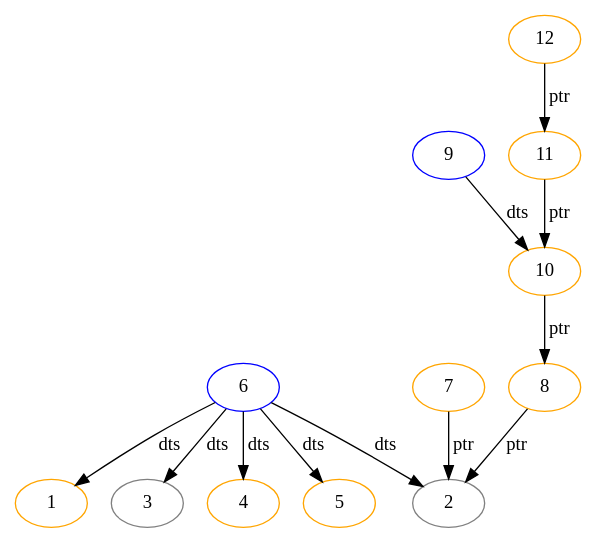
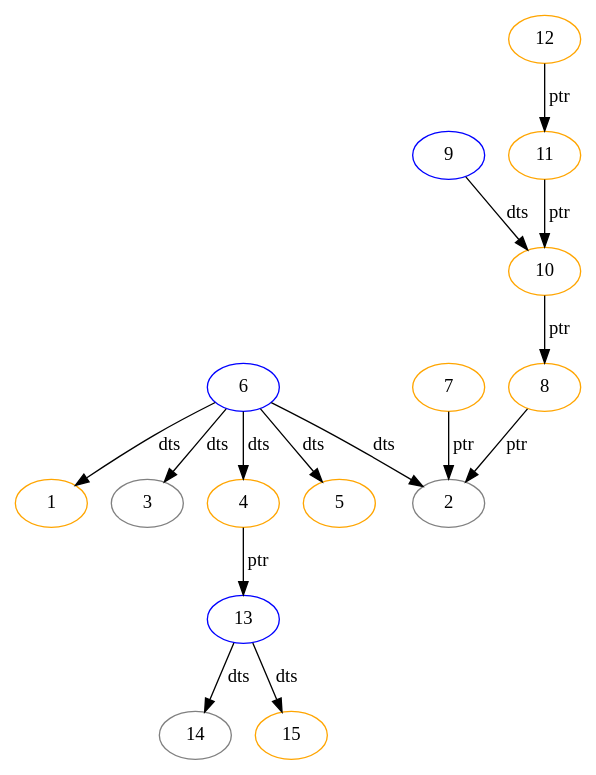
One commit to passau-masterarbeit-2023/phdtrack_project_3 changed the diagram in data/graphs/test.gv. Above: the diagram before and after it, drawn with Graphviz. The commit also changed 5 other files, not shown here.

```diff
--- a/data/graphs/test.gv
+++ b/data/graphs/test.gv
@@ -1,48 +1,60 @@
 strict digraph "" {
 	1	[color=orange,
 		"node"="PN(0x1)"];
 	2	[color=grey,
 		"node"="VN(0x2)"];
 	3	[color=grey,
 		"node"="VN(0x3)"];
 	4	[color=orange,
 		"node"="PN(0x4)"];
+	13	[color=blue,
+		"node"="DTN(0xd)"];
+	4 -> 13	[label=ptr,
+		weight=3];
 	5	[color=orange,
 		"node"="PN(0x5)"];
 	6	[color=blue,
 		"node"="DTN(0x6)"];
 	6 -> 1	[label=dts,
 		weight=1];
 	6 -> 2	[label=dts,
 		weight=1];
 	6 -> 3	[label=dts,
 		weight=1];
 	6 -> 4	[label=dts,
 		weight=1];
 	6 -> 5	[label=dts,
 		weight=1];
 	7	[color=orange,
 		"node"="PN(0x7)"];
 	7 -> 2	[label=ptr,
 		weight=5];
 	8	[color=orange,
 		"node"="PN(0x8)"];
 	8 -> 2	[label=ptr,
 		weight=1];
 	9	[color=blue,
 		"node"="DTN(0x9)"];
 	10	[color=orange,
 		"node"="PN(0xa)"];
 	9 -> 10	[label=dts,
 		weight=1];
 	10 -> 8	[label=ptr,
 		weight=2];
 	11	[color=orange,
 		"node"="PN(0xb)"];
 	11 -> 10	[label=ptr,
 		weight=2];
 	12	[color=orange,
 		"node"="PN(0xc)"];
 	12 -> 11	[label=ptr,
 		weight=1];
+	14	[color=grey,
+		"node"="VN(0xe)"];
+	13 -> 14	[label=dts,
+		weight=1];
+	15	[color=orange,
+		"node"="PN(0xf)"];
+	13 -> 15	[label=dts,
+		weight=1];
 }
```
